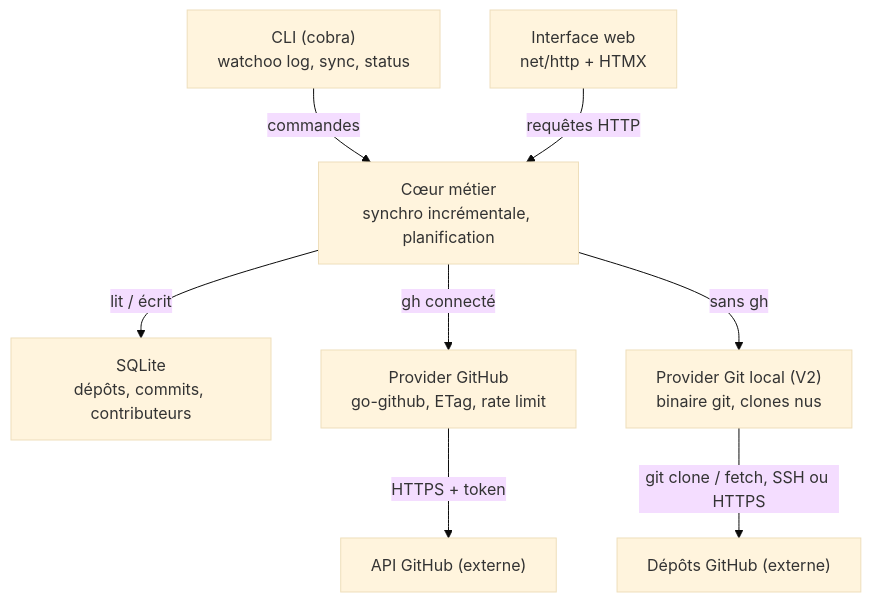
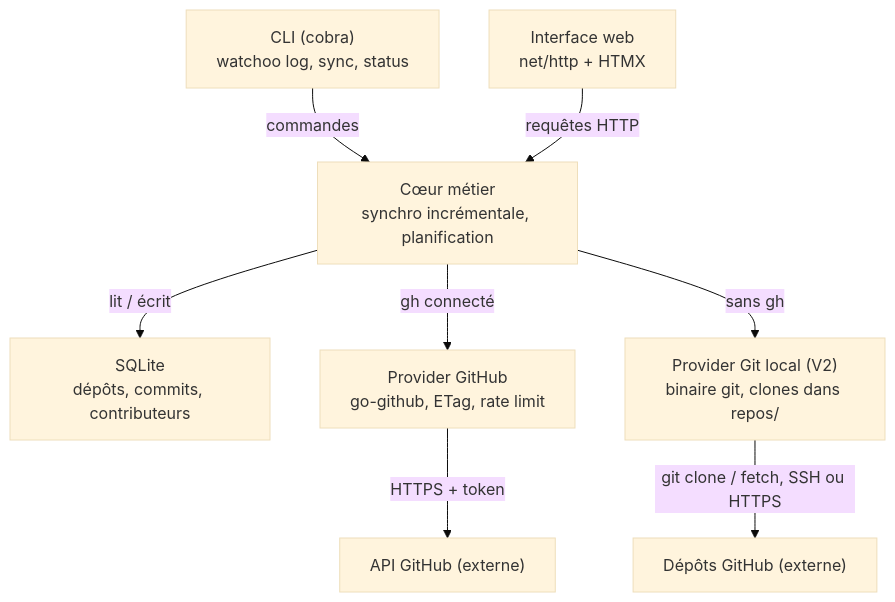
Before and after one commit to studoo-app/watchoo: the diagram in documentation/03-architecture.md, drawn with Mermaid (base theme). The commit also changed other lines of this file and 31 other files, not shown here.

First line of the commit message:
feat: clones Git locaux dans repos/ à la racine de l'espace

````diff
--- a/documentation/03-architecture.md
+++ b/documentation/03-architecture.md
@@ -10,10 +10,10 @@
 ```mermaid
 flowchart TD
     CLI["CLI (cobra)<br/>watchoo log, sync, status"] -->|commandes| CORE
     WEB["Interface web<br/>net/http + HTMX"] -->|requêtes HTTP| CORE
     CORE["Cœur métier<br/>synchro incrémentale, planification"] -->|lit / écrit| DB["SQLite<br/>dépôts, commits, contributeurs"]
     CORE -->|gh connecté| PROV["Provider GitHub<br/>go-github, ETag, rate limit"]
     PROV -->|HTTPS + token| API["API GitHub (externe)"]
-    CORE -->|sans gh| GITP["Provider Git local (V2)<br/>binaire git, clones nus"]
+    CORE -->|sans gh| GITP["Provider Git local (V2)<br/>binaire git, clones dans repos/"]
     GITP -->|git clone / fetch, SSH ou HTTPS| REMOTE["Dépôts GitHub (externe)"]
 ```
````
